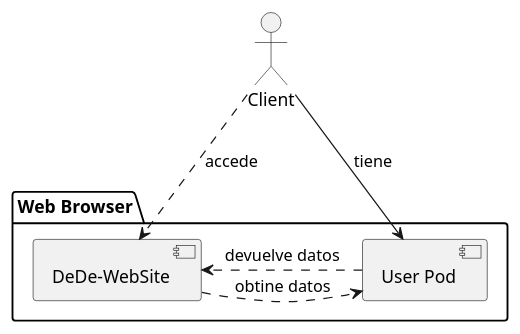
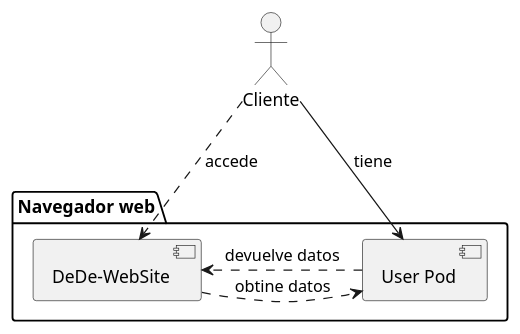
Before and after one commit to Arquisoft/dede_es4b: the first of 2 diagrams in docs/03_system_scope_and_context.adoc, drawn with PlantUML. The commit also changed other lines of this file and 1 other file, not shown here.

Commit message:
Traducción al español de títulos y diagramas.

```diff
--- a/docs/03_system_scope_and_context.adoc
+++ b/docs/03_system_scope_and_context.adoc
@@ -6,16 +6,16 @@
 [plantuml,"Business Context",png]
 ----
 
-:Client: as client
+:Cliente: as cliente
 
-package "Web Browser" {
+package "Navegador web" {
 [DeDe-WebSite] as web
 [User Pod] as pod
 }
 
 
-client .down.> web : accede
-client -down-> pod : tiene
+cliente .down.> web : accede
+cliente -down-> pod : tiene
 web .right.> pod : obtine datos
 web <.left.pod : devuelve datos
 ----
```
